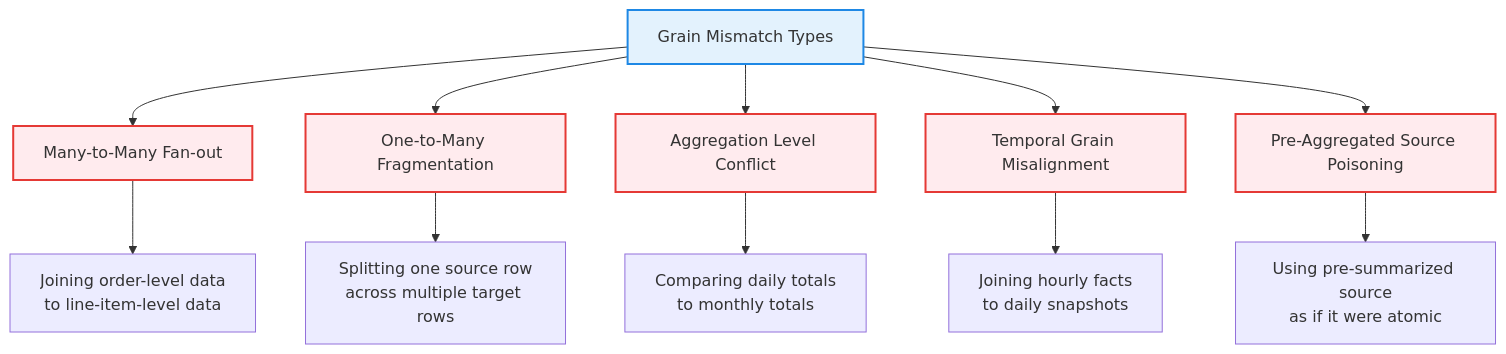
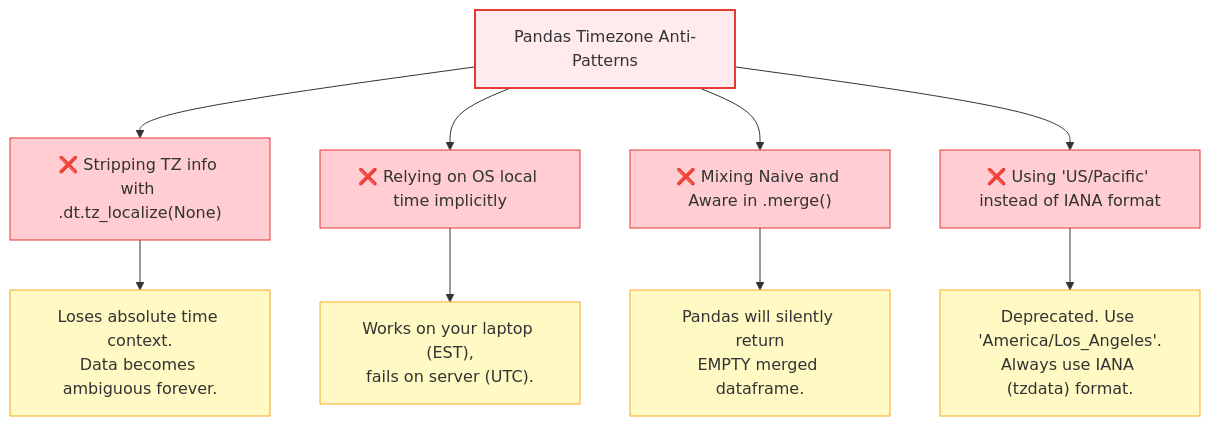
The seventh of 9 diagrams in data-modeling/Data engineering grain mismatch handling.md (YasinSaberi/data-engineering-notes), drawn with Mermaid before and after one commit. The commit also changed other lines of this file, not shown here.

Commit message:
Update Data engineering grain mismatch handling.md

````diff
--- a/data-modeling/Data engineering grain mismatch handling.md
+++ b/data-modeling/Data engineering grain mismatch handling.md
@@ -164,21 +271,29 @@
 ```mermaid
 flowchart TD
-    A[Grain Mismatch Types] --> B[Many-to-Many Fan-out]
-    A --> C[One-to-Many Fragmentation]
-    A --> D[Aggregation Level Conflict]
-    A --> E[Temporal Grain Misalignment]
-    A --> F[Pre-Aggregated Source Poisoning]
+    A["Pandas Timezone Anti-Patterns"] --> P1
+    A --> P2
+    A --> P3
+    A --> P4
 
-    B --> B1["Joining order-level data<br/>to line-item-level data"]
-    C --> C1["Splitting one source row<br/>across multiple target rows"]
-    D --> D1["Comparing daily totals<br/>to monthly totals"]
-    E --> E1["Joining hourly facts<br/>to daily snapshots"]
-    F --> F1["Using pre-summarized source<br/>as if it were atomic"]
+    P1["❌ Stripping TZ info with .dt.tz_localize(None)"]
+    P1 --> P1C["Loses absolute time context.<br/>Data becomes ambiguous forever."]
 
-    style A fill:#e3f2fd,stroke:#1e88e5,stroke-width:2px
-    style B fill:#ffebee,stroke:#e53935,stroke-width:2px
-    style C fill:#ffebee,stroke:#e53935,stroke-width:2px
-    style D fill:#ffebee,stroke:#e53935,stroke-width:2px
-    style E fill:#ffebee,stroke:#e53935,stroke-width:2px
-    style F fill:#ffebee,stroke:#e53935,stroke-width:2px
+    P2["❌ Relying on OS local time implicitly"]
+    P2 --> P2C["Works on your laptop (EST),<br/>fails on server (UTC)."]
+
+    P3["❌ Mixing Naive and Aware in .merge()"]
+    P3 --> P3C["Pandas will silently return<br/>EMPTY merged dataframe."]
+
+    P4["❌ Using 'US/Pacific' instead of IANA format"]
+    P4 --> P4C["Deprecated. Use 'America/Los_Angeles'.<br/>Always use IANA (tzdata) format."]
+
+    style A fill:#ffebee,stroke:#e53935,stroke-width:2px
+    style P1 fill:#ffcdd2,stroke:#e53935,stroke-width:1px
+    style P2 fill:#ffcdd2,stroke:#e53935,stroke-width:1px
+    style P3 fill:#ffcdd2,stroke:#e53935,stroke-width:1px
+    style P4 fill:#ffcdd2,stroke:#e53935,stroke-width:1px
+    style P1C fill:#fff9c4,stroke:#f9a825,stroke-width:1px
+    style P2C fill:#fff9c4,stroke:#f9a825,stroke-width:1px
+    style P3C fill:#fff9c4,stroke:#f9a825,stroke-width:1px
+    style P4C fill:#fff9c4,stroke:#f9a825,stroke-width:1px
 ```
````
